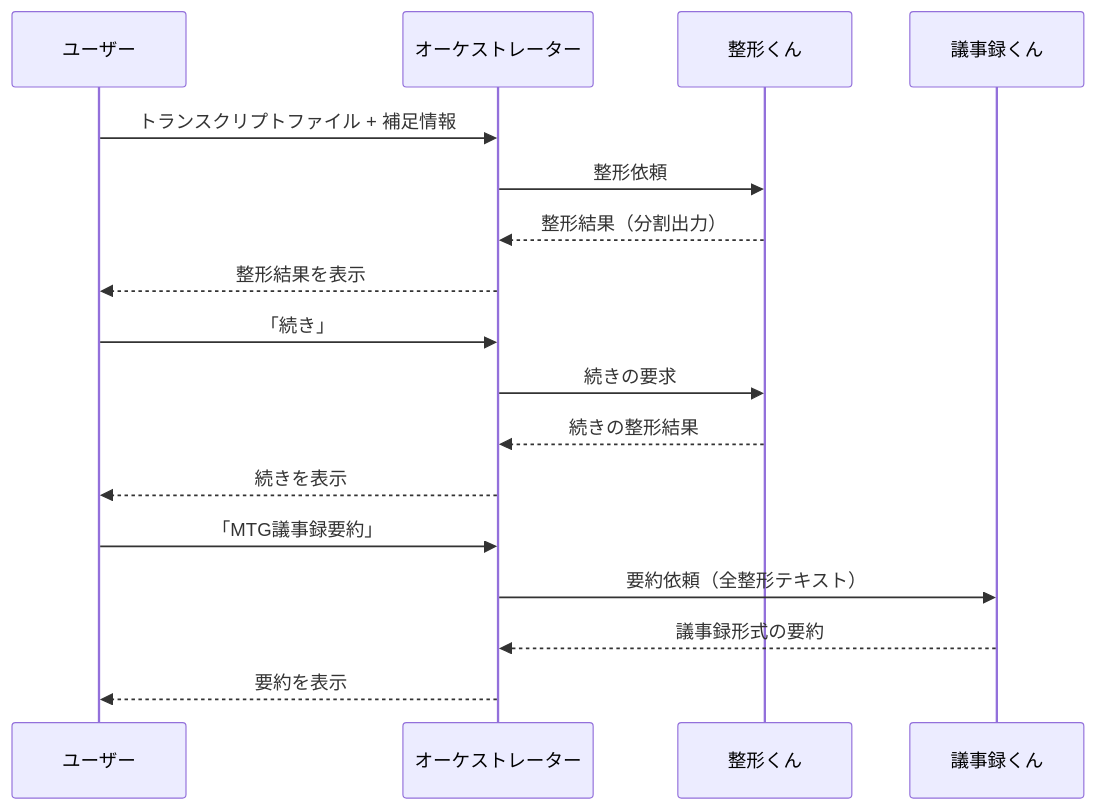
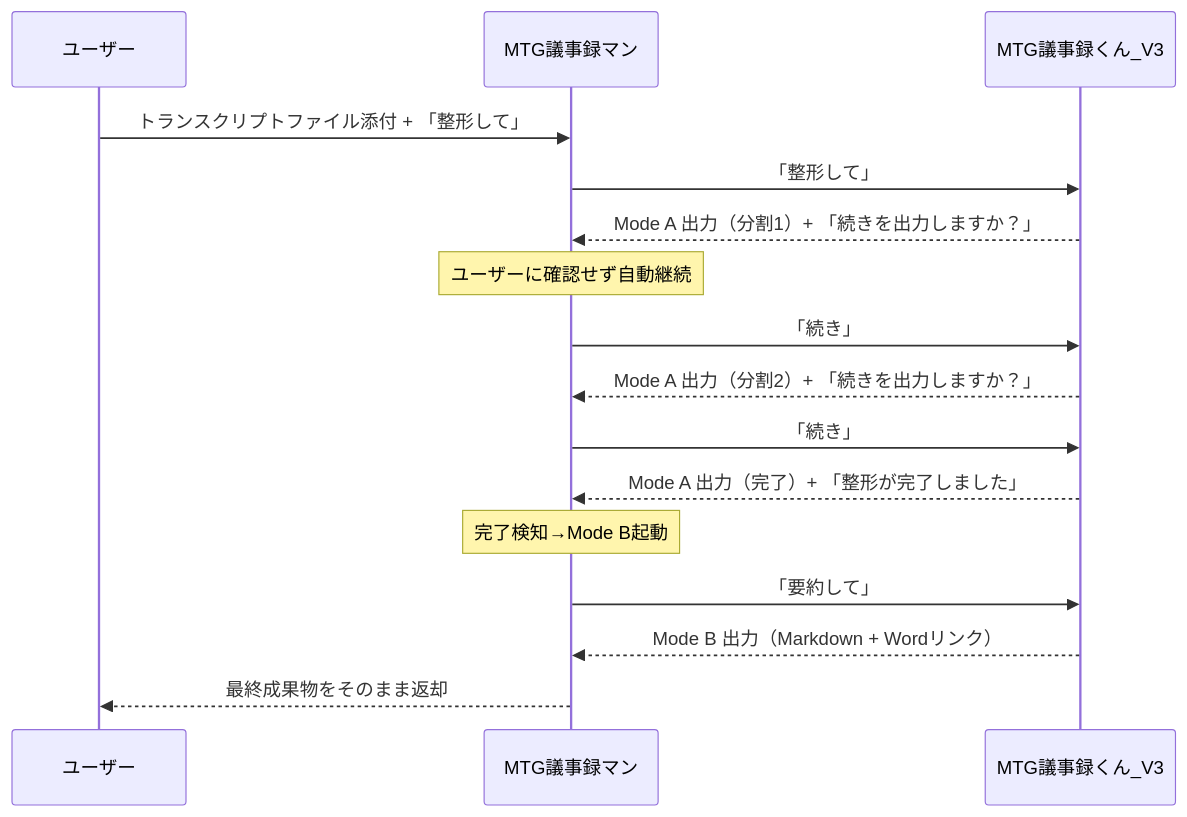
The diagram in README.md (kobayashi-31/2025_12_kobayashi_microsoft365copilot_transcript_agent), drawn with Mermaid before and after one commit. The commit also changed other lines of this file and 6 other files, not shown here.

````diff
--- a/README.md
+++ b/README.md
@@ -78,20 +75,19 @@
 ```mermaid
 sequenceDiagram
     participant U as ユーザー
-    participant O as オーケストレーター
-    participant W1 as 整形くん
-    participant W2 as 議事録くん
+    participant M as MTG議事録マン
+    participant W as MTG議事録くん_V3
 
-    U->>O: トランスクリプトファイル + 補足情報
-    O->>W1: 整形依頼
-    W1-->>O: 整形結果（分割出力）
-    O-->>U: 整形結果を表示
-    U->>O: 「続き」
-    O->>W1: 続きの要求
-    W1-->>O: 続きの整形結果
-    O-->>U: 続きを表示
-    U->>O: 「MTG議事録要約」
-    O->>W2: 要約依頼（全整形テキスト）
-    W2-->>O: 議事録形式の要約
-    O-->>U: 要約を表示
+    U->>M: トランスクリプトファイル添付 + 「整形して」
+    M->>W: 「整形して」
+    W-->>M: Mode A 出力（分割1）+ 「続きを出力しますか？」
+    Note over M: ユーザーに確認せず自動継続
+    M->>W: 「続き」
+    W-->>M: Mode A 出力（分割2）+ 「続きを出力しますか？」
+    M->>W: 「続き」
+    W-->>M: Mode A 出力（完了）+ 「整形が完了しました」
+    Note over M: 完了検知→Mode B起動
+    M->>W: 「要約して」
+    W-->>M: Mode B 出力（Markdown + Wordリンク）
+    M-->>U: 最終成果物をそのまま返却
 ```
````
